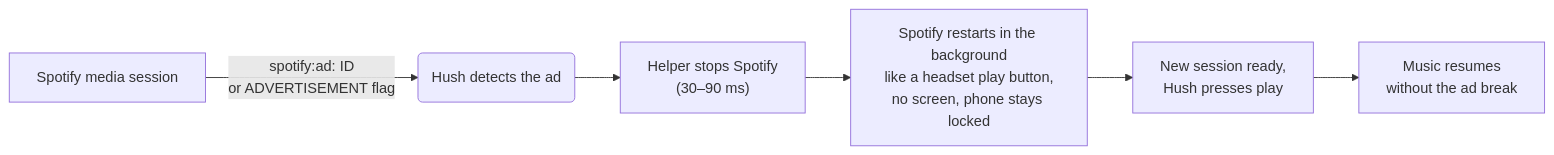
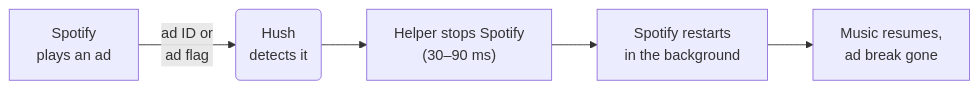
Before and after one commit to coldMEW/Hush: the second of 3 diagrams in README.md, drawn with Mermaid. The commit also changed other lines of this file, not shown here.

Commit message:
README: make the ad-break diagram fit

````diff
--- a/README.md
+++ b/README.md
@@ -71,8 +72,7 @@
 ```mermaid
 flowchart LR
-    A["Spotify media session"] -->|"spotify:ad: ID<br/>or ADVERTISEMENT flag"| B("Hush detects the ad")
+    A["Spotify<br/>plays an ad"] -->|"ad ID or<br/>ad flag"| B("Hush<br/>detects it")
     B --> C["Helper stops Spotify<br/>(30–90 ms)"]
-    C --> D["Spotify restarts in the background<br/>like a headset play button,<br/>no screen, phone stays locked"]
-    D --> E["New session ready,<br/>Hush presses play"]
-    E --> F["Music resumes<br/>without the ad break"]
+    C --> D["Spotify restarts<br/>in the background"]
+    D --> E["Music resumes,<br/>ad break gone"]
 ```
````
